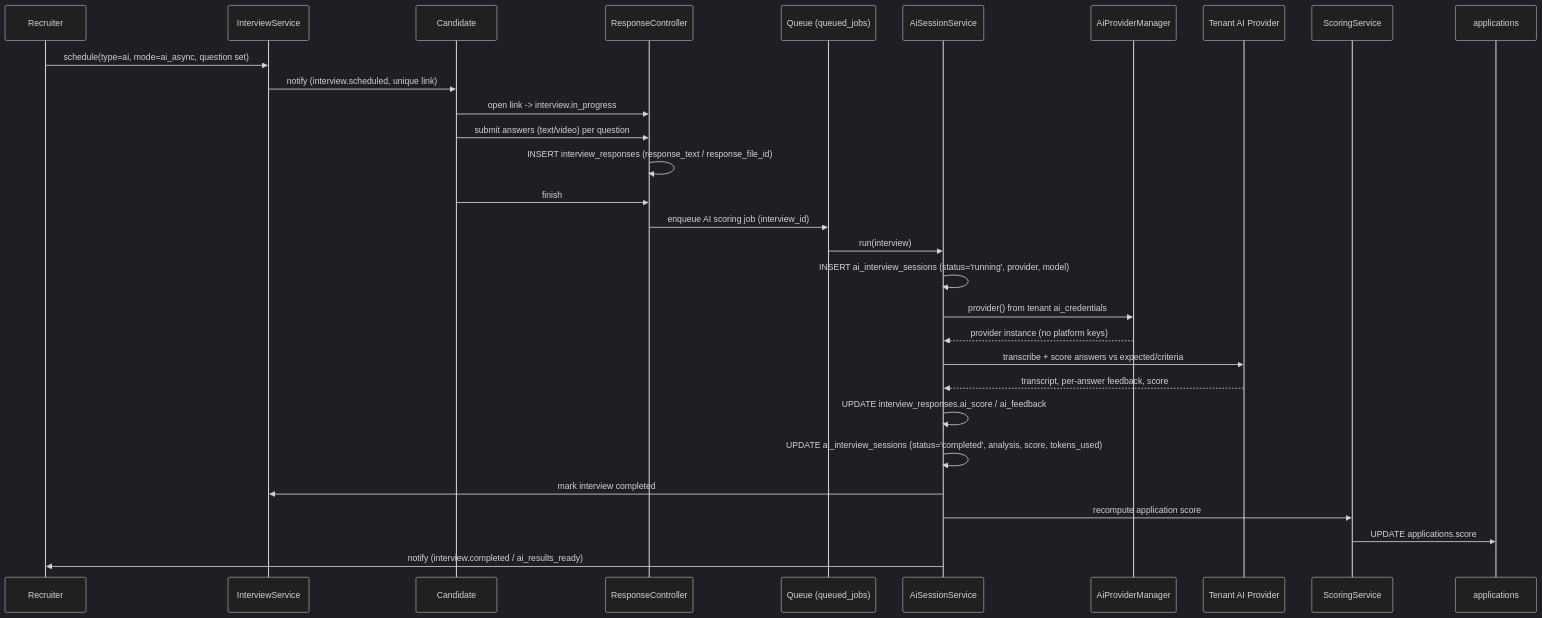
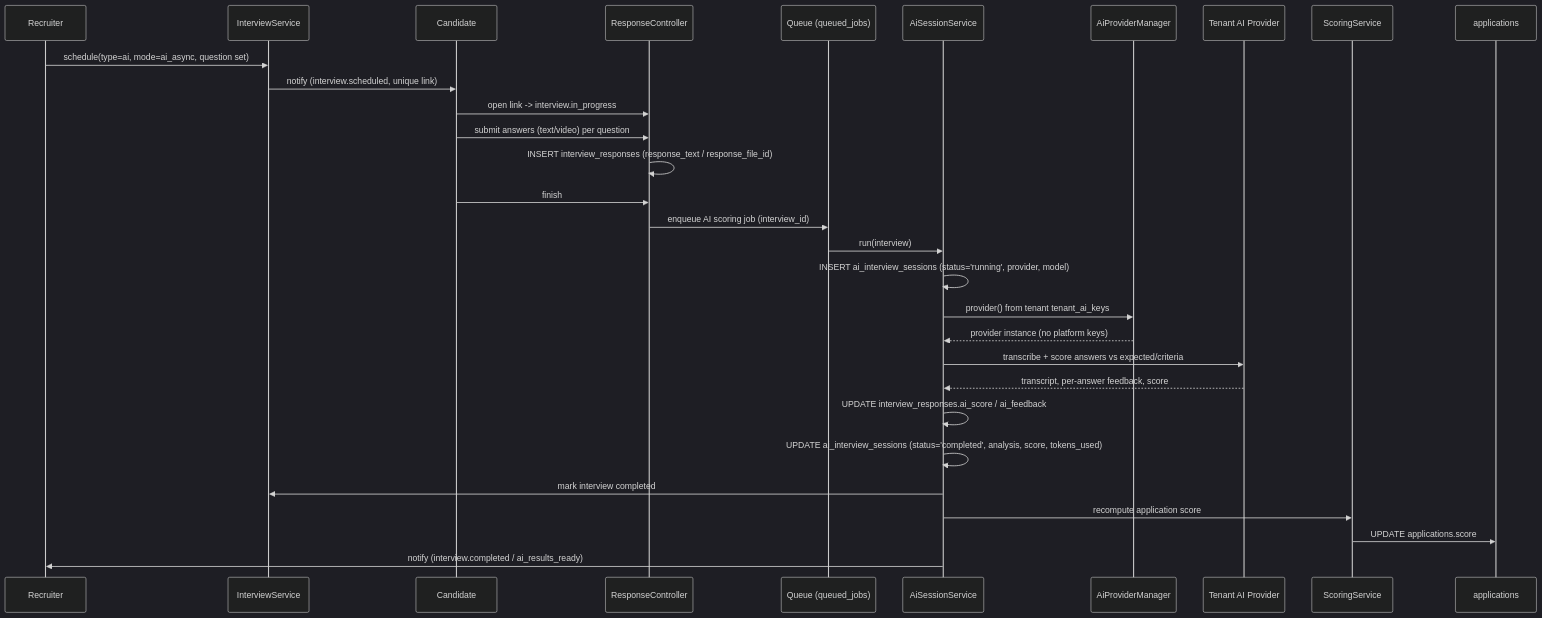
The fourth of 4 diagrams in docs/23-Interview-Workflow.md (ammarnabileg/crm), drawn with Mermaid (dark theme) before and after one commit. The commit also changed other lines of this file and 47 other files, not shown here.

````diff
--- a/docs/23-Interview-Workflow.md
+++ b/docs/23-Interview-Workflow.md
@@ -121,33 +121,33 @@
 ```mermaid
 sequenceDiagram
     participant R as Recruiter
     participant IS as InterviewService
     participant C as Candidate
     participant RC as ResponseController
     participant Q as Queue (queued_jobs)
     participant AIS as AiSessionService
     participant PM as AiProviderManager
     participant P as Tenant AI Provider
     participant SC as ScoringService
     participant APP as applications
 
     R->>IS: schedule(type=ai, mode=ai_async, question set)
     IS->>C: notify (interview.scheduled, unique link)
     C->>RC: open link -> interview.in_progress
     C->>RC: submit answers (text/video) per question
     RC->>RC: INSERT interview_responses (response_text / response_file_id)
     C->>RC: finish
     RC->>Q: enqueue AI scoring job (interview_id)
     Q->>AIS: run(interview)
     AIS->>AIS: INSERT ai_interview_sessions (status='running', provider, model)
-    AIS->>PM: provider() from tenant ai_credentials
+    AIS->>PM: provider() from tenant tenant_ai_keys
     PM-->>AIS: provider instance (no platform keys)
     AIS->>P: transcribe + score answers vs expected/criteria
     P-->>AIS: transcript, per-answer feedback, score
     AIS->>AIS: UPDATE interview_responses.ai_score / ai_feedback
     AIS->>AIS: UPDATE ai_interview_sessions (status='completed', analysis, score, tokens_used)
     AIS->>IS: mark interview completed
     AIS->>SC: recompute application score
     SC->>APP: UPDATE applications.score
     AIS->>R: notify (interview.completed / ai_results_ready)
 ```
````
